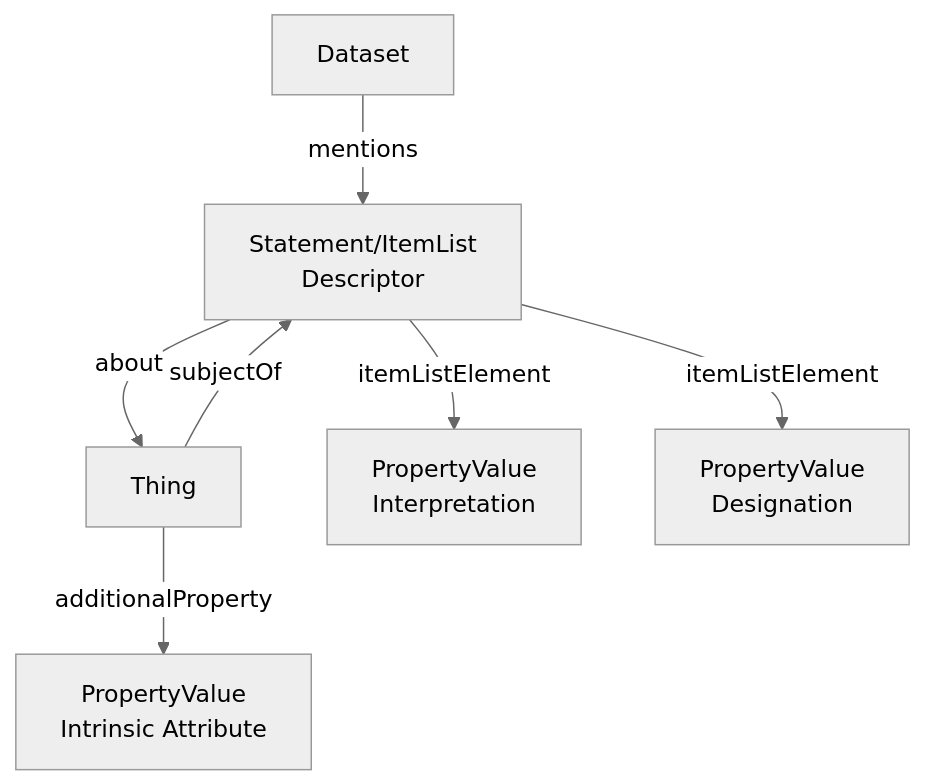
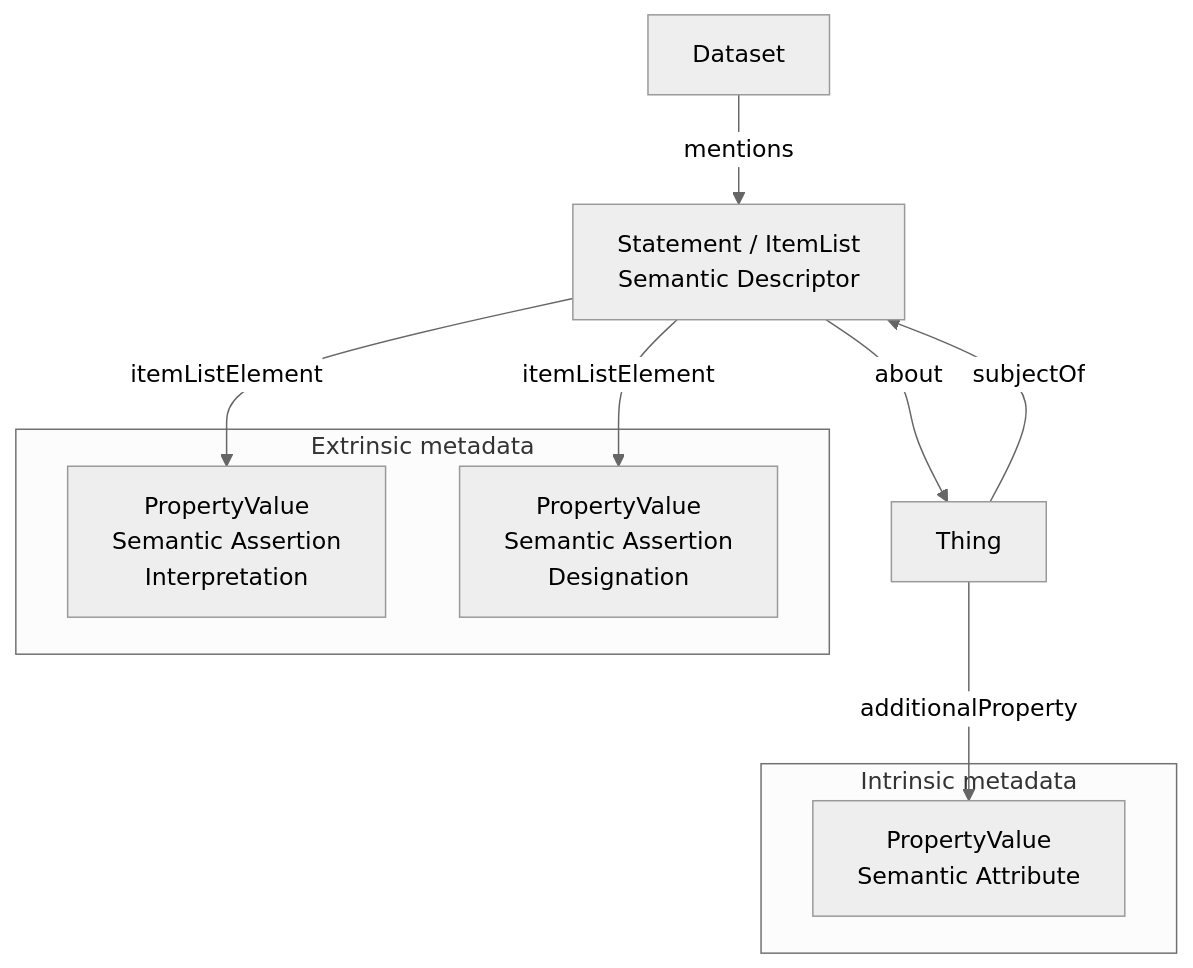
The diagram in docs/profiles/0.1/semantic_designation/index.md (nfdi4plants/arc-ro-crate-profile), drawn with Mermaid (neutral theme) before and after one commit. The commit also changed other lines of this file, not shown here.

Commit message:
major rework of semantic designation profile, still needs polish and close review

````diff
--- a/docs/profiles/0.1/semantic_designation/index.md
+++ b/docs/profiles/0.1/semantic_designation/index.md
@@ -65,23 +131,26 @@
 ```mermaid
 flowchart TD
 
 dataset[Dataset]
+thing[Thing]
+desc[Statement / ItemList<br/>Semantic Descriptor]
 
-thing[Thing]
+subgraph intrinsic["Intrinsic metadata"]
+    attr[PropertyValue<br/>Semantic Attribute]
+end
 
-attr[PropertyValue<br/>Intrinsic Attribute]
-interp[PropertyValue<br/>Interpretation]
-desig[PropertyValue<br/>Designation]
-desc[Statement/ItemList<br/>Descriptor]
+subgraph extrinsic["Extrinsic metadata"]
+    interp[PropertyValue<br/>Semantic Assertion<br/>Interpretation]
+    desig[PropertyValue<br/>Semantic Assertion<br/>Designation]
+end
 
 thing -- additionalProperty --> attr
 
 thing -- subjectOf --> desc
-
 desc -- about --> thing
 
 desc -- itemListElement --> interp
 desc -- itemListElement --> desig
 
 dataset -- mentions --> desc
 ```
````
